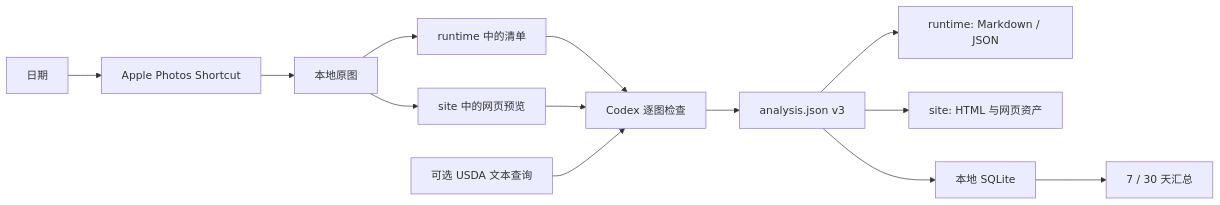
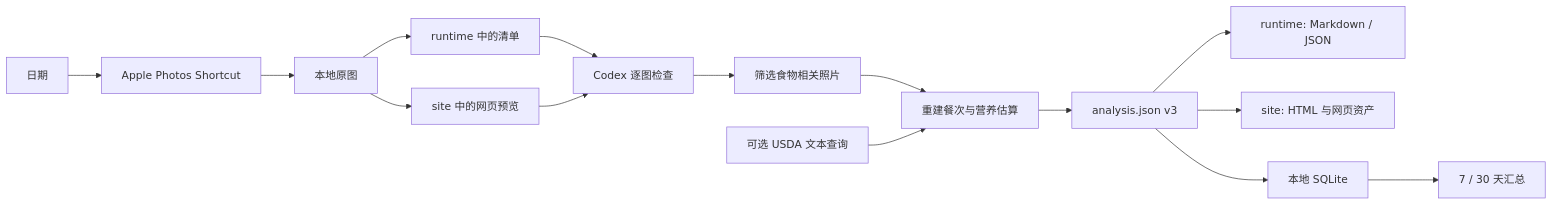
Before and after one commit to imathwy/health: the diagram in README.zh-CN.md, drawn with Mermaid. The commit also changed other lines of this file and 12 other files, not shown here.

````diff
--- a/README.zh-CN.md
+++ b/README.zh-CN.md
@@ -7,15 +7,17 @@
 ```mermaid
 flowchart LR
     A[日期] --> B[Apple Photos Shortcut]
     B --> C[本地原图]
     C --> D[runtime 中的清单]
     C --> P[site 中的网页预览]
     D --> E[Codex 逐图检查]
     P --> E
-    U[可选 USDA 文本查询] --> E
-    E --> F[analysis.json v3]
+    E --> S[筛选食物相关照片]
+    S --> N[重建餐次与营养估算]
+    U[可选 USDA 文本查询] --> N
+    N --> F[analysis.json v3]
     F --> G[runtime: Markdown / JSON]
     F --> W[site: HTML 与网页资产]
     F --> H[本地 SQLite]
     H --> I[7 / 30 天汇总]
 ```
````
